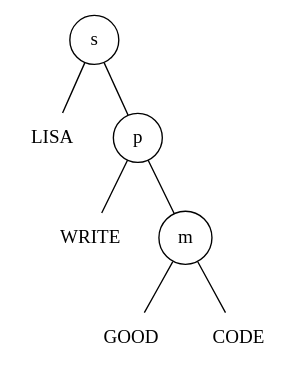
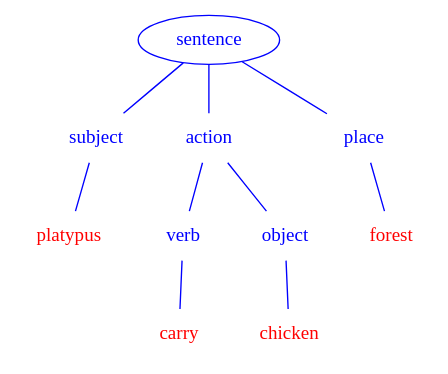
One commit to plexus/conf-talks changed the first of 5 diagrams in 2013-rulu/presentation.md. Above: the diagram before and after it, drawn with Graphviz. The commit also changed other lines of this file and 14 other files, not shown here.

`````diff
--- a/2013-rulu/presentation.md
+++ b/2013-rulu/presentation.md
@@ -77,17 +84,28 @@
 ````dot
-graph lisa {
-  LISA[shape="none"  weight=11];
-  WRITE[shape="none"];
-  GOOD[shape="none"];
-  CODE[shape="none"];
-  s[shape="circle" weight=10];
-  p[shape="circle" weight=10];
-  m[shape="circle"];
-  s -- LISA
-  s -- p
-  p -- WRITE
-  p -- m
-  m -- GOOD;
-  m -- CODE;
+graph platypus {
+  node[shape=none color=blue fontcolor=blue];
+  edge[color=blue];
+
+  s[label=sentence shape=oval];
+  subject[];
+  action[];
+  place[];
+  verb[];
+  object[];
+
+  platypus[fontcolor=red];
+  carry[fontcolor=red];
+  chicken[fontcolor=red];
+  forest[fontcolor=red];
+
+  s -- subject
+  subject -- platypus
+  s -- action
+  action -- verb
+  action -- object
+  verb -- carry
+  object -- chicken
+  s -- place
+  place -- forest;
 }
 ````
`````
